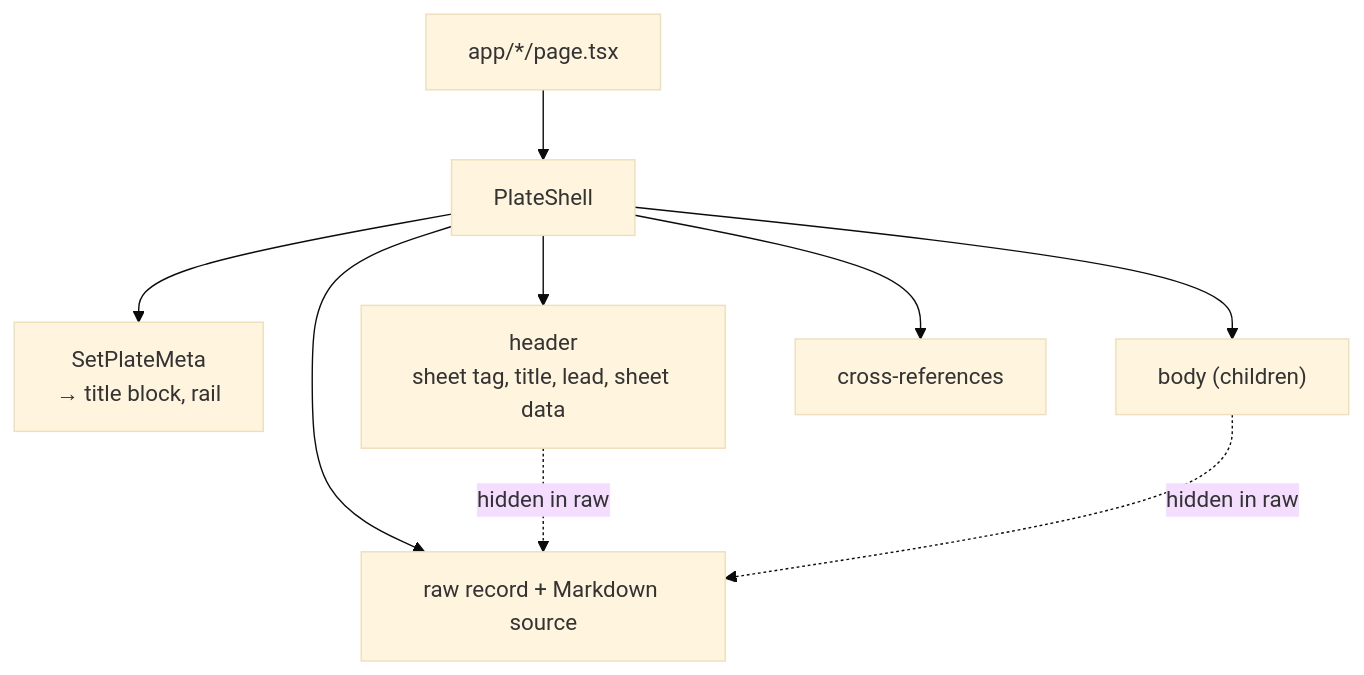
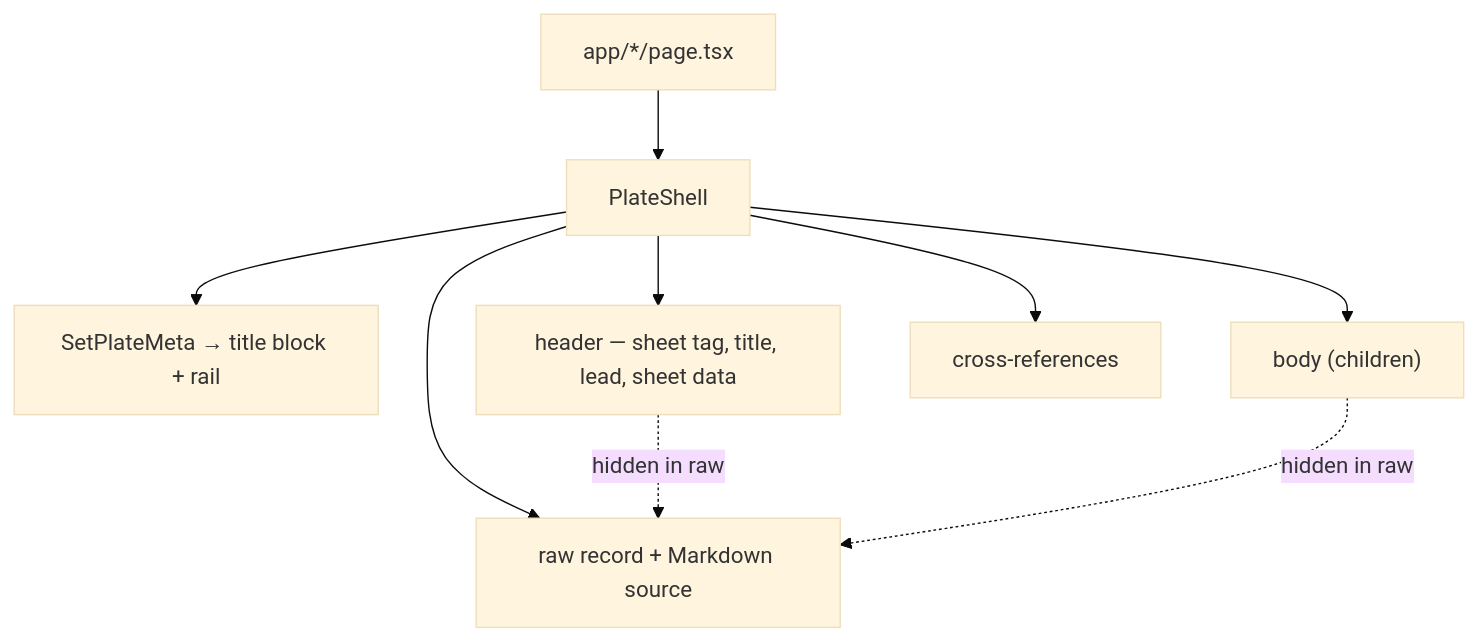
The third of 5 diagrams in README.md (ax5hay/akshaybajpai.com), drawn with Mermaid (base theme) before and after one commit. The commit also changed other lines of this file and 3 other files, not shown here.

````diff
--- a/README.md
+++ b/README.md
@@ -173,11 +241,11 @@
 ```mermaid
 flowchart TD
   ROUTE["app/*/page.tsx"] --> SHELL["PlateShell"]
-  SHELL --> META["SetPlateMeta<br/>→ title block, rail"]
-  SHELL --> HEAD["header<br/>sheet tag, title, lead, sheet data"]
+  SHELL --> META["SetPlateMeta → title block + rail"]
+  SHELL --> HEAD["header — sheet tag, title, lead, sheet data"]
   SHELL --> BODY["body (children)"]
   SHELL --> REFS["cross-references"]
   SHELL --> RAW["raw record + Markdown source"]
-  HEAD -.hidden in raw.-> RAW
-  BODY -.hidden in raw.-> RAW
+  HEAD -. hidden in raw .-> RAW
+  BODY -. hidden in raw .-> RAW
 ```
````
